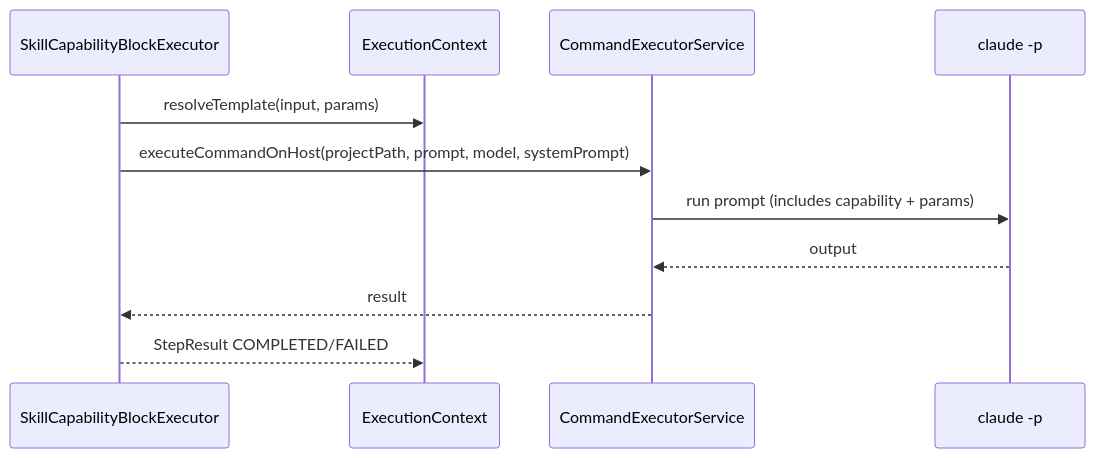
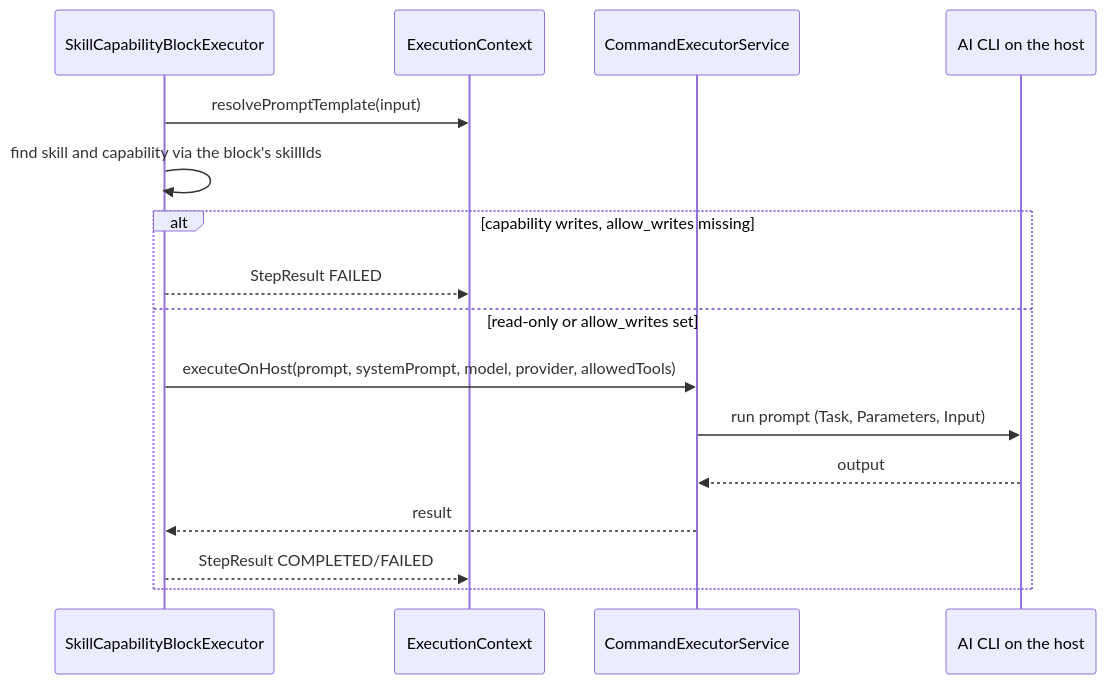
The third of 3 diagrams in docs/en/skills-diagrams.md (FLSEST/MySuricates), drawn with Mermaid before and after one commit. The commit also changed other lines of this file and 5 other files, not shown here.

First line of the commit message:
docs(diagramme): Skills page follows gateway, context file and write protection of the capabilities

````diff
--- a/docs/en/skills-diagrams.md
+++ b/docs/en/skills-diagrams.md
@@ -37,14 +47,19 @@
 ```mermaid
 sequenceDiagram
     participant BE as SkillCapabilityBlockExecutor
     participant CTX as ExecutionContext
     participant CES as CommandExecutorService
-    participant CLI as claude -p
+    participant CLI as AI CLI on the host
 
-    BE->>CTX: resolveTemplate(input, params)
-    BE->>CES: executeCommandOnHost(projectPath, prompt, model, systemPrompt)
-    CES->>CLI: run prompt (includes capability + params)
-    CLI-->>CES: output
-    CES-->>BE: result
-    BE-->>CTX: StepResult COMPLETED/FAILED
+    BE->>CTX: resolvePromptTemplate(input)
+    BE->>BE: find skill and capability via the block's skillIds
+    alt capability writes, allow_writes missing
+        BE-->>CTX: StepResult FAILED
+    else read-only or allow_writes set
+        BE->>CES: executeOnHost(prompt, systemPrompt, model, provider, allowedTools)
+        CES->>CLI: run prompt (Task, Parameters, Input)
+        CLI-->>CES: output
+        CES-->>BE: result
+        BE-->>CTX: StepResult COMPLETED/FAILED
+    end
 ```
````
